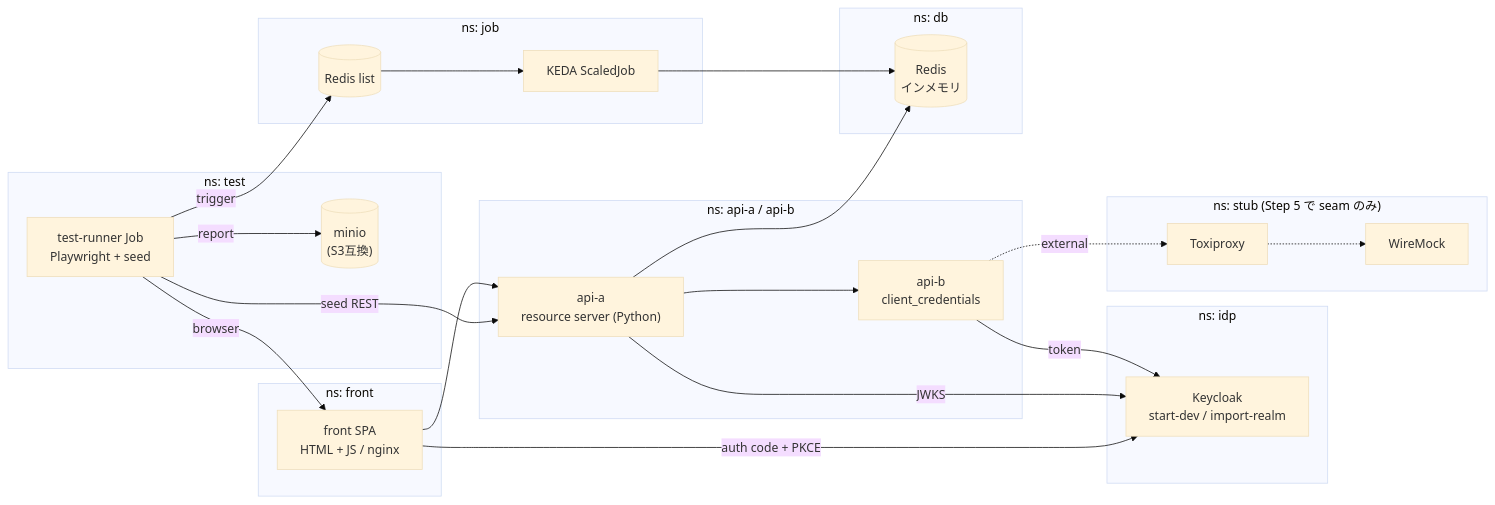
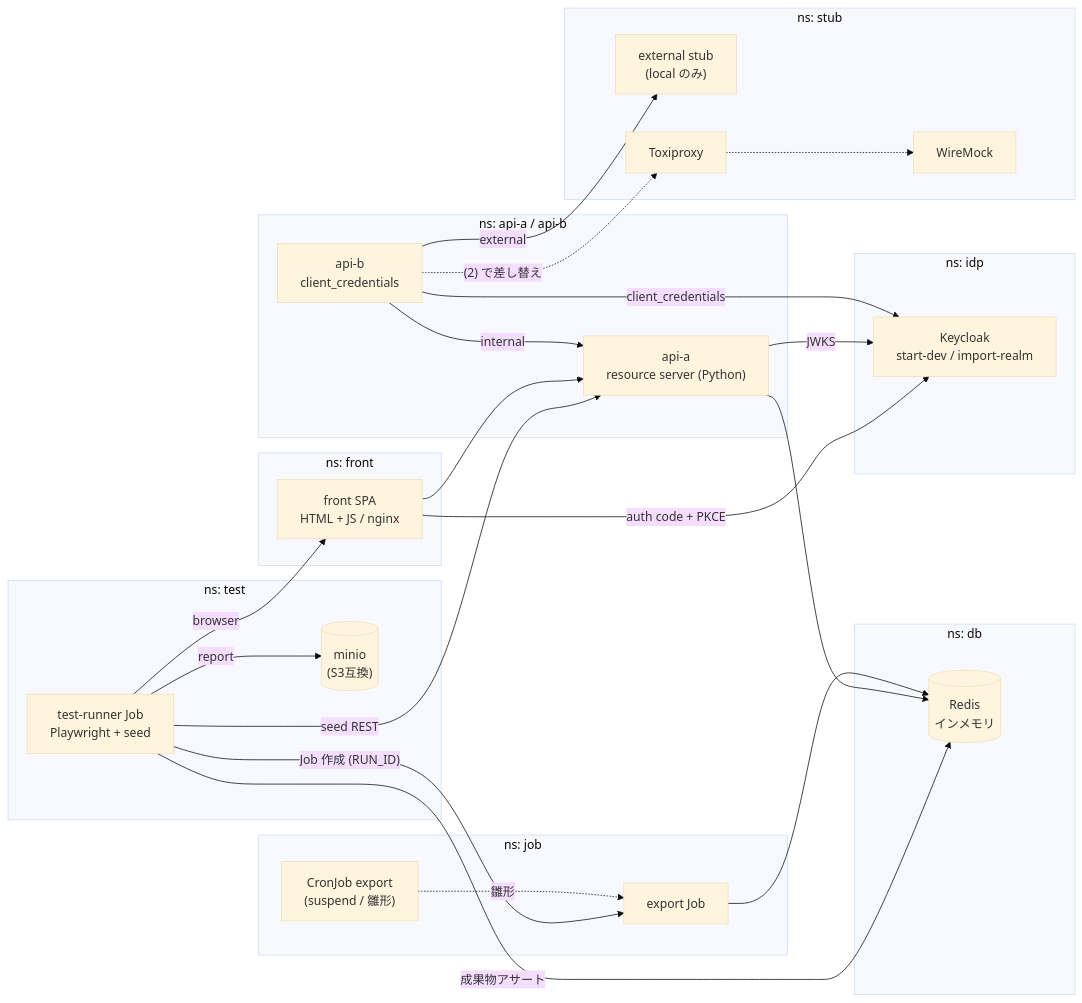
The diagram in doc/architecture.md (mori-akira/k8s-test-harness-lab), drawn with Mermaid (base theme) before and after one commit. The commit also changed other lines of this file and 29 other files, not shown here.

First line of the commit message:
Step 5 / 6: api-b (サービス間認証 + 外部呼び出し) と export Job を追加

````diff
--- a/doc/architecture.md
+++ b/doc/architecture.md
@@ -5,49 +5,52 @@
 ```mermaid
 flowchart LR
   subgraph ns_test["ns: test"]
     TR["test-runner Job<br/>Playwright + seed"]
     MINIO[("minio<br/>(S3互換)")]
   end
 
   subgraph ns_idp["ns: idp"]
     KC["Keycloak<br/>start-dev / import-realm"]
   end
 
   subgraph ns_front["ns: front"]
     FE["front SPA<br/>HTML + JS / nginx"]
   end
 
   subgraph ns_api["ns: api-a / api-b"]
     A["api-a<br/>resource server (Python)"]
     B["api-b<br/>client_credentials"]
   end
 
   subgraph ns_job["ns: job"]
-    RQ[("Redis list")]
-    SJ["KEDA ScaledJob"]
+    CJ["CronJob export<br/>(suspend / 雛形)"]
+    EJ["export Job"]
   end
 
   subgraph ns_db["ns: db"]
     DB[("Redis<br/>インメモリ")]
   end
 
-  subgraph ns_stub["ns: stub (Step 5 で seam のみ)"]
+  subgraph ns_stub["ns: stub"]
+    EXT["external stub<br/>(local のみ)"]
     TX["Toxiproxy"]
     WM["WireMock"]
   end
 
   TR -->|browser| FE
   TR -->|seed REST| A
-  TR -->|trigger| RQ
+  TR -->|"Job 作成 (RUN_ID)"| EJ
+  TR -->|成果物アサート| DB
   TR -->|report| MINIO
   FE -->|"auth code + PKCE"| KC
   FE --> A
   A -->|JWKS| KC
   A --> DB
-  A --> B
-  B -->|token| KC
-  B -.->|external| TX
+  B -->|"client_credentials"| KC
+  B -->|internal| A
+  B -->|external| EXT
+  B -.->|"(2) で差し替え"| TX
   TX -.-> WM
-  RQ --> SJ
-  SJ --> DB
+  CJ -.->|雛形| EJ
+  EJ --> DB
 ```
````
